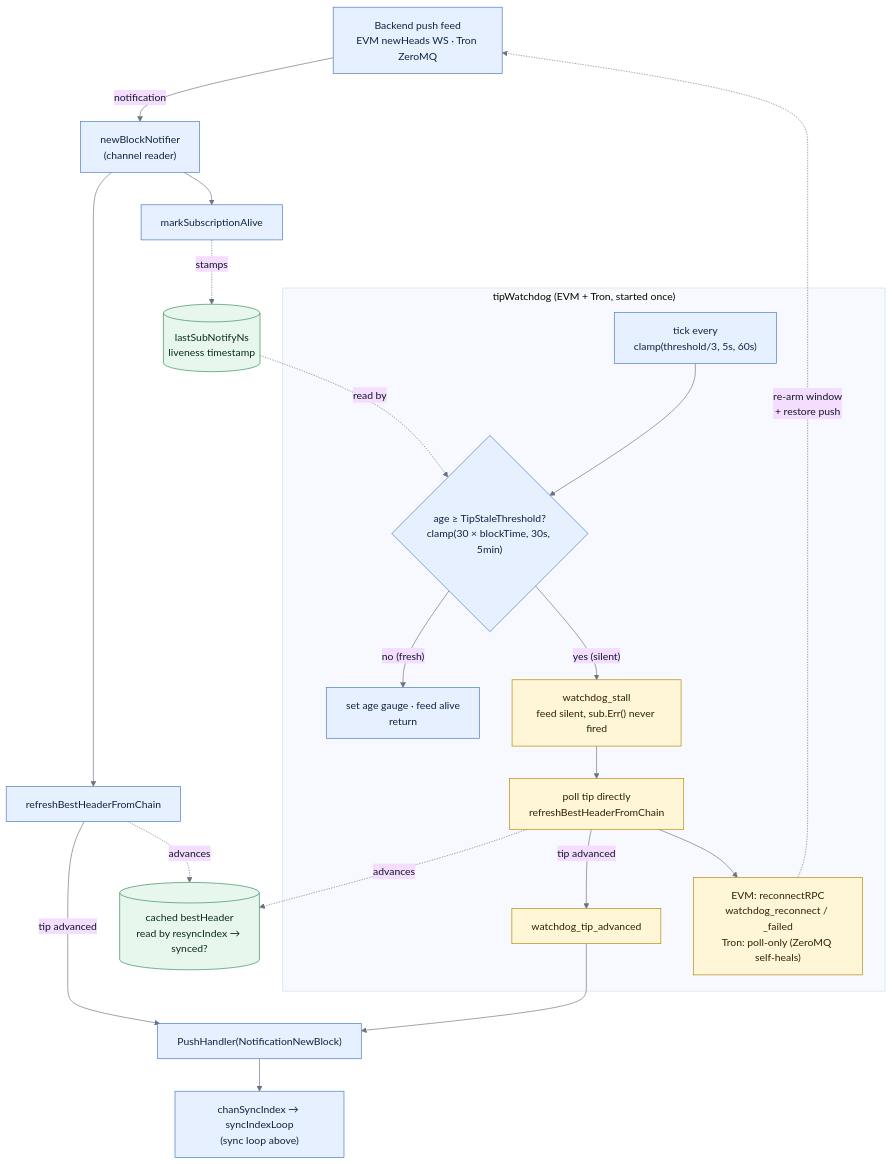
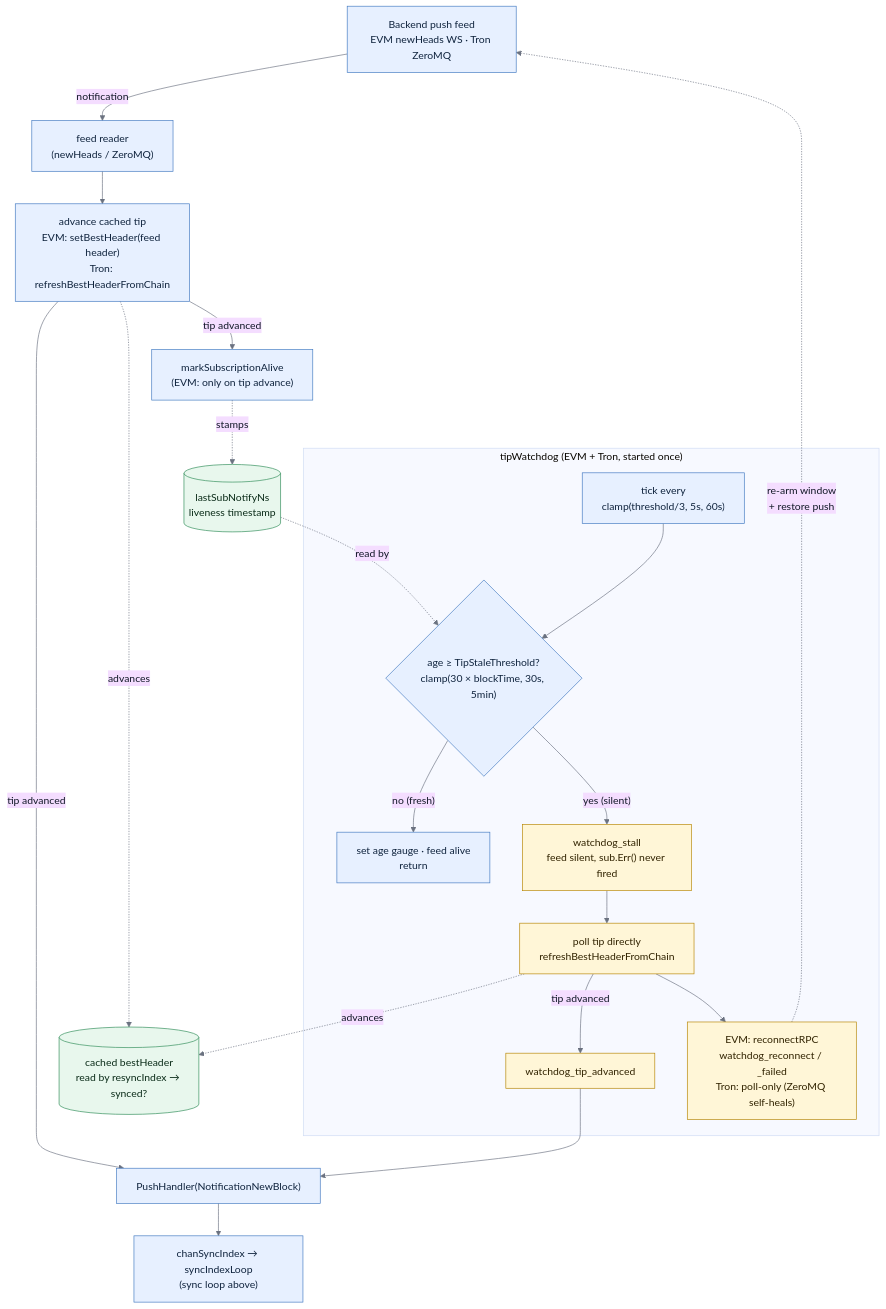
Before and after one commit to trezor/blockbook: the third of 3 diagrams in docs/sync.md, drawn with Mermaid. The commit also changed other lines of this file and 2 other files, not shown here.

Commit message:
fix(sync): advance EVM tip from newHeads header, not an HTTP re-query

````diff
--- a/docs/sync.md
+++ b/docs/sync.md
@@ -89,46 +89,46 @@
 ```mermaid
 %%{init: {"theme": "base", "themeVariables": {"lineColor": "#6b7280", "primaryTextColor": "#111827"}}}%%
 flowchart TD
     feed["Backend push feed<br/>EVM newHeads WS · Tron ZeroMQ"]
-    notifier["newBlockNotifier<br/>(channel reader)"]
-    mark["markSubscriptionAlive"]
-    refresh["refreshBestHeaderFromChain"]
+    notifier["feed reader<br/>(newHeads / ZeroMQ)"]
+    advance["advance cached tip<br/>EVM: setBestHeader(feed header)<br/>Tron: refreshBestHeaderFromChain"]
+    mark["markSubscriptionAlive<br/>(EVM: only on tip advance)"]
     push["PushHandler(NotificationNewBlock)"]
     trigger["chanSyncIndex → syncIndexLoop<br/>(sync loop above)"]
     ts[("lastSubNotifyNs<br/>liveness timestamp")]
     cache[("cached bestHeader<br/>read by resyncIndex → synced?")]
 
     feed -- notification --> notifier
-    notifier --> mark
+    notifier --> advance
+    advance -. advances .-> cache
+    advance -- "tip advanced" --> mark
     mark -. stamps .-> ts
-    notifier --> refresh
-    refresh -. advances .-> cache
-    refresh -- "tip advanced" --> push --> trigger
+    advance -- "tip advanced" --> push --> trigger
 
     subgraph wd ["tipWatchdog (EVM + Tron, started once)"]
         tick["tick every<br/>clamp(threshold/3, 5s, 60s)"]
         check{"age ≥ TipStaleThreshold?<br/>clamp(30 × blockTime, 30s, 5min)"}
         ok["set age gauge · feed alive<br/>return"]
         stall["watchdog_stall<br/>feed silent, sub.Err() never fired"]
         wpoll["poll tip directly<br/>refreshBestHeaderFromChain"]
         wadv["watchdog_tip_advanced"]
         wrec["EVM: reconnectRPC<br/>watchdog_reconnect / _failed<br/>Tron: poll-only (ZeroMQ self-heals)"]
     end
 
     ts -. read by .-> check
     tick --> check
     check -- "no (fresh)" --> ok
     check -- "yes (silent)" --> stall --> wpoll
     wpoll -. advances .-> cache
     wpoll -- "tip advanced" --> wadv --> push
     wpoll --> wrec
     wrec -. "re-arm window<br/>+ restore push" .-> feed
 
     classDef normal fill:#e7f0ff,stroke:#4078c0,color:#10243e;
     classDef store fill:#e8f7ed,stroke:#2e8b57,color:#0b2c19;
     classDef watch fill:#fff6d7,stroke:#b58400,color:#312300;
 
-    class feed,notifier,mark,refresh,push,trigger,tick,check,ok normal;
+    class feed,notifier,mark,advance,push,trigger,tick,check,ok normal;
     class ts,cache store;
     class stall,wpoll,wadv,wrec watch;
 ```
````
